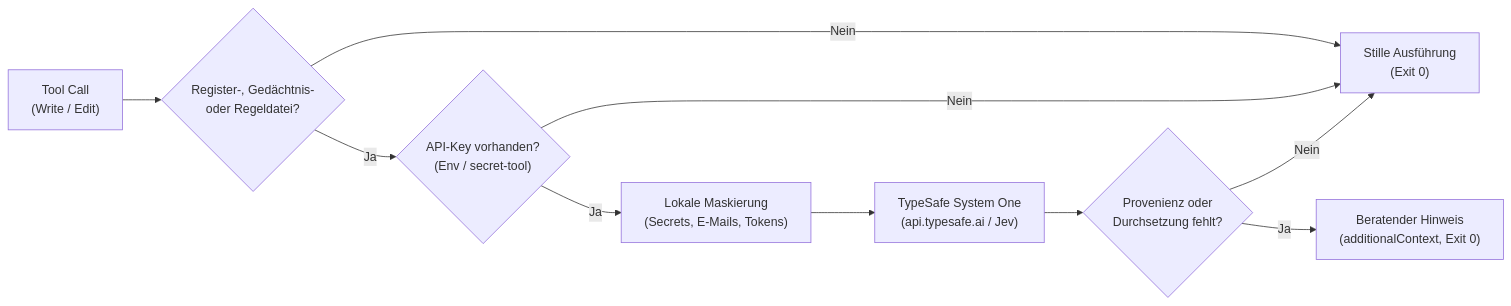
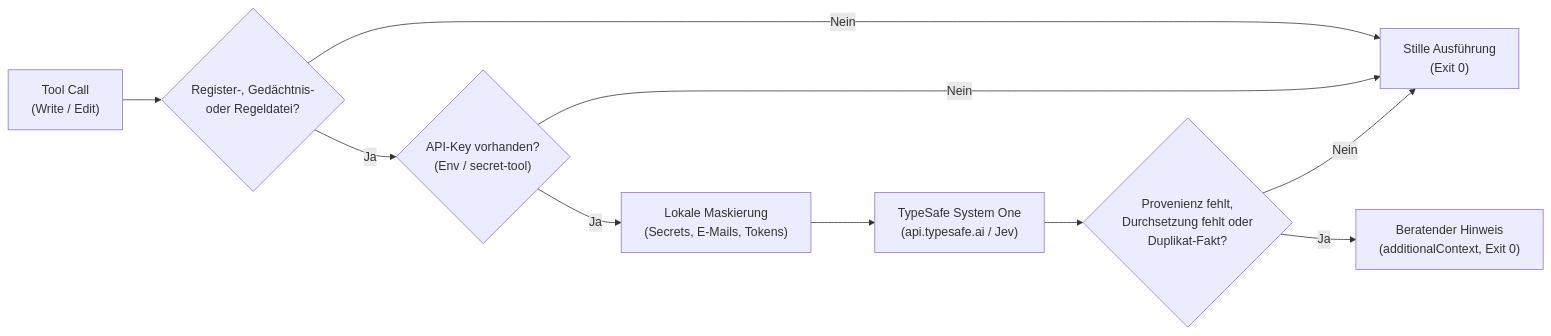
One commit to mankind806/imprint-core changed the second of 2 diagrams in README.md. Above: the diagram before and after it, drawn with Mermaid. The commit also changed other lines of this file and 2 other files, not shown here.

First line of the commit message:
feat(typesafe): Duplikat-Erkennung bei Fakten und Entscheiden integrieren (CL-003) (#31)

````diff
--- a/README.md
+++ b/README.md
@@ -152,12 +152,12 @@
 ```mermaid
 flowchart LR
     A["Tool Call<br/>(Write / Edit)"] --> B{"Register-, Gedächtnis-<br/>oder Regeldatei?"}
     B -- Nein --> C["Stille Ausführung<br/>(Exit 0)"]
     B -- Ja --> D{"API-Key vorhanden?<br/>(Env / secret-tool)"}
     D -- Nein --> C
     D -- Ja --> E["Lokale Maskierung<br/>(Secrets, E-Mails, Tokens)"]
     E --> F["TypeSafe System One<br/>(api.typesafe.ai / Jev)"]
-    F --> G{"Provenienz oder<br/>Durchsetzung fehlt?"}
+    F --> G{"Provenienz fehlt,<br/>Durchsetzung fehlt oder<br/>Duplikat-Fakt?"}
     G -- Nein --> C
     G -- Ja --> H["Beratender Hinweis<br/>(additionalContext, Exit 0)"]
 ```
````
